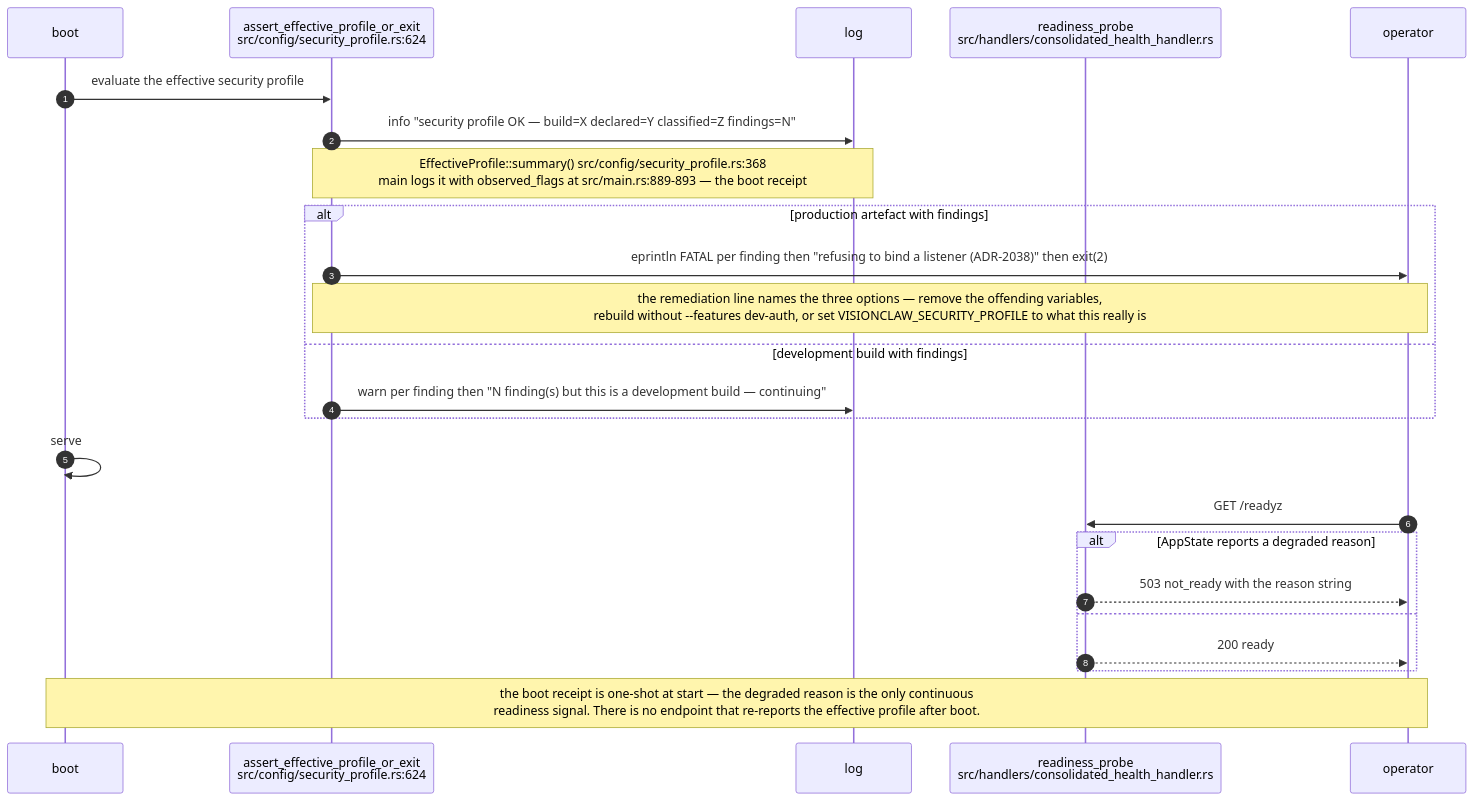
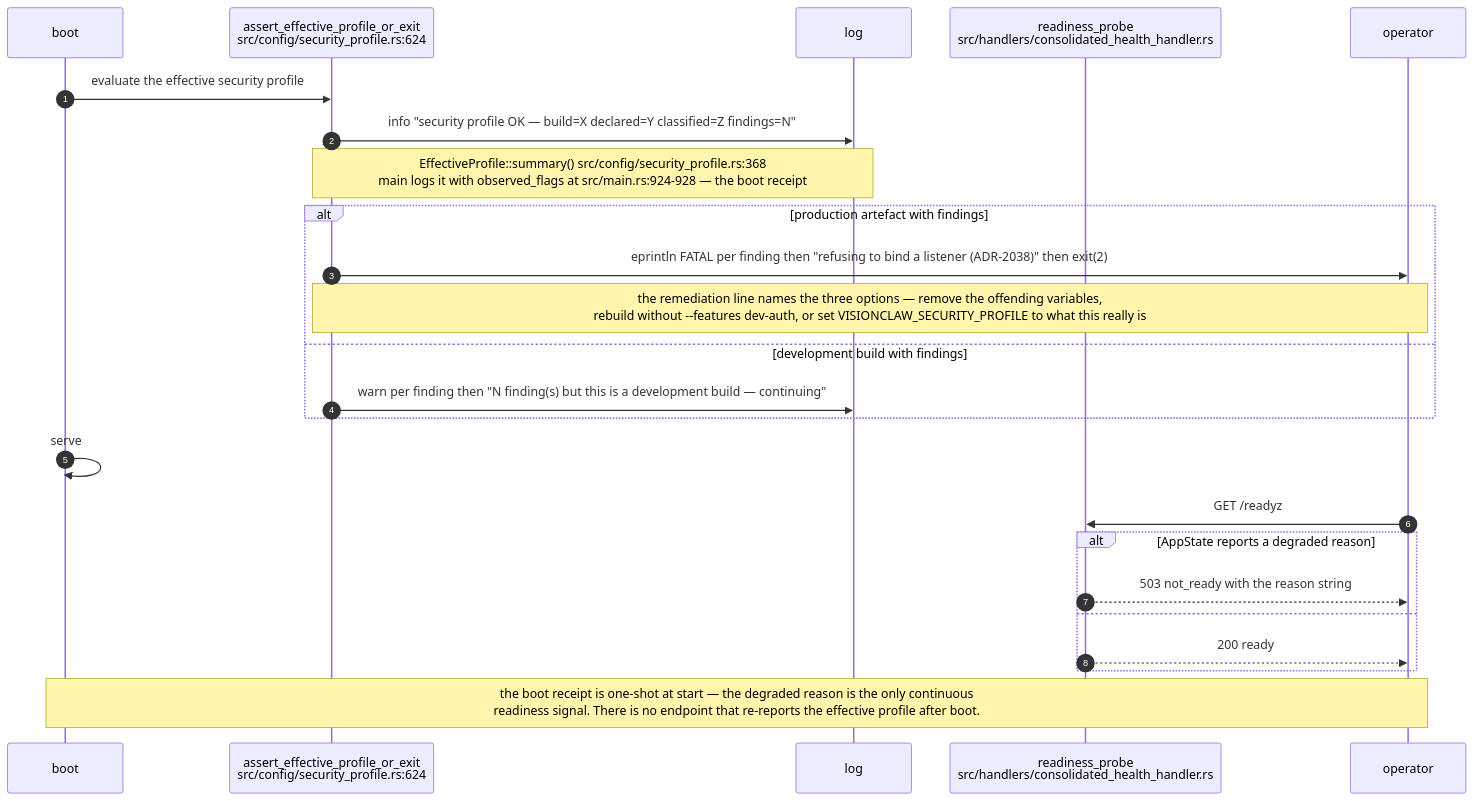
Diagram 12 of 12 in docs/diagrams/visionclaw/08-observability-health-and-dev-loop.md (DreamLab-AI/VisionFlow), drawn with Mermaid before and after one commit. The commit also changed other lines of this file and 32 other files, not shown here.

````diff
--- a/docs/diagrams/visionclaw/08-observability-health-and-dev-loop.md
+++ b/docs/diagrams/visionclaw/08-observability-health-and-dev-loop.md
@@ -367,27 +373,27 @@
 ```mermaid
 sequenceDiagram
     autonumber
     participant B as boot
     participant P as assert_effective_profile_or_exit<br/>src/config/security_profile.rs:624
     participant L as log
     participant R as readiness_probe<br/>src/handlers/consolidated_health_handler.rs
     participant O as operator
 
     B->>P: evaluate the effective security profile
     P->>L: info "security profile OK — build=X declared=Y classified=Z findings=N"
-    Note over P,L: EffectiveProfile::summary() src/config/security_profile.rs:368<br/>main logs it with observed_flags at src/main.rs:889-893 — the boot receipt
+    Note over P,L: EffectiveProfile::summary() src/config/security_profile.rs:368<br/>main logs it with observed_flags at src/main.rs:924-928 — the boot receipt
     alt production artefact with findings
         P->>O: eprintln FATAL per finding then "refusing to bind a listener (ADR-2038)" then exit(2)
         Note over P,O: the remediation line names the three options — remove the offending variables,<br/>rebuild without --features dev-auth, or set VISIONCLAW_SECURITY_PROFILE to what this really is
     else development build with findings
         P->>L: warn per finding then "N finding(s) but this is a development build — continuing"
     end
     B->>B: serve
     O->>R: GET /readyz
     alt AppState reports a degraded reason
         R-->>O: 503 not_ready with the reason string
     else
         R-->>O: 200 ready
     end
     Note over B,O: the boot receipt is one-shot at start — the degraded reason is the only continuous<br/>readiness signal. There is no endpoint that re-reports the effective profile after boot.
 ```
````
